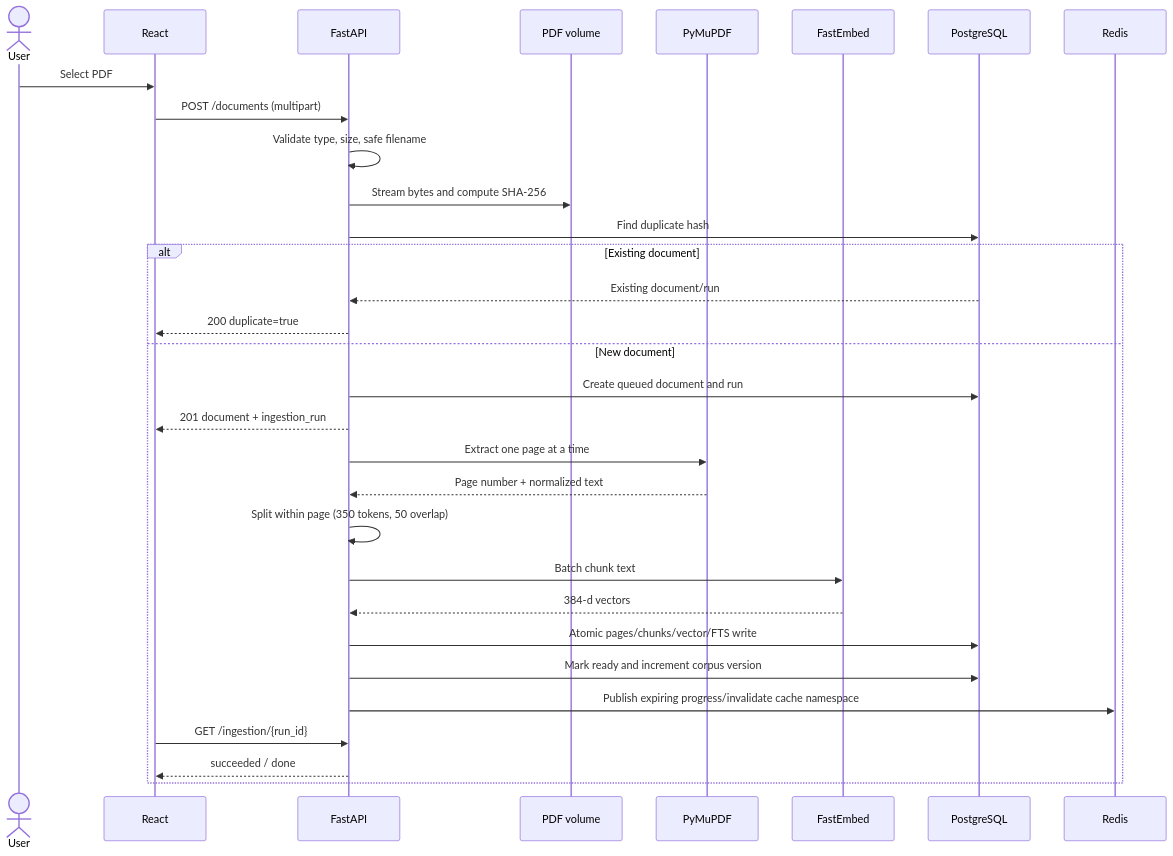
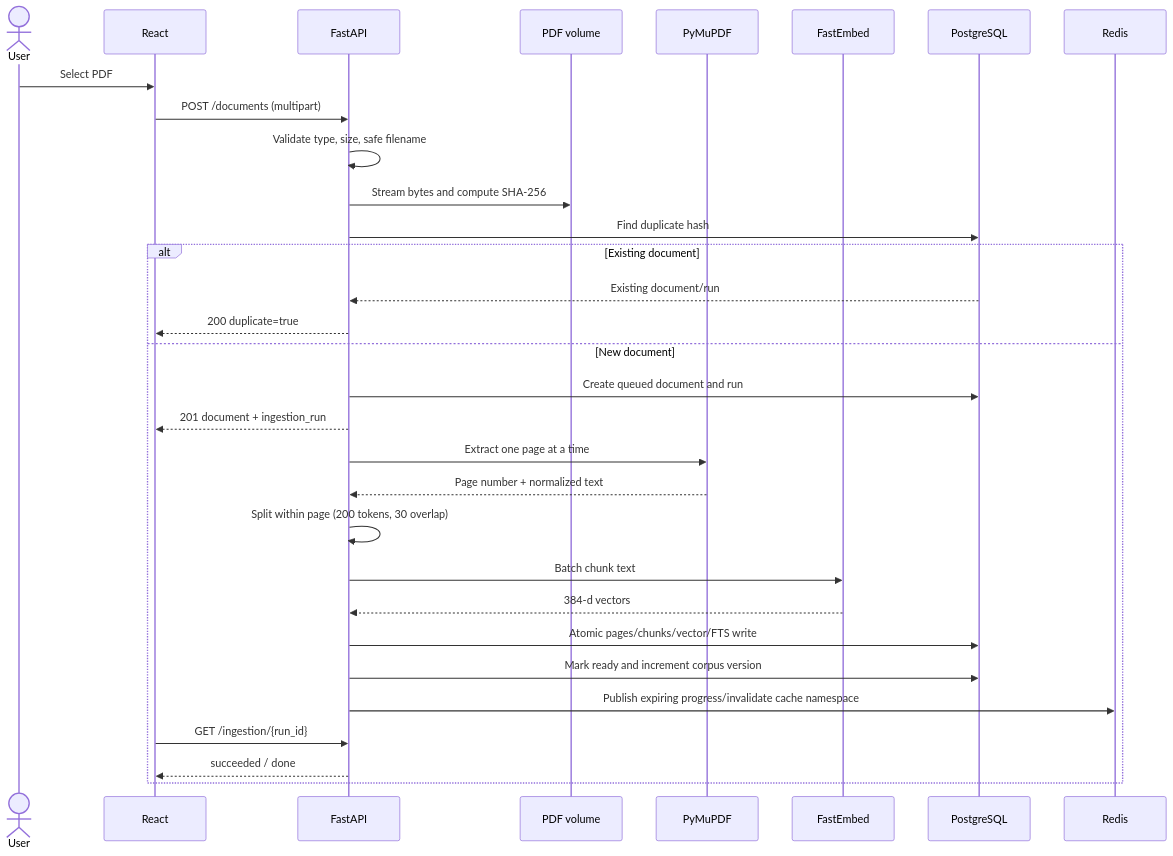
Before and after one commit to theomthakur/policypilot: the second of 6 diagrams in docs/system-design.md, drawn with Mermaid. The commit also changed 41 other files, not shown here.

````diff
--- a/docs/system-design.md
+++ b/docs/system-design.md
@@ -129,34 +129,34 @@
 ```mermaid
 sequenceDiagram
   actor User
   participant UI as React
   participant API as FastAPI
   participant FS as PDF volume
   participant Parser as PyMuPDF
   participant Embed as FastEmbed
   participant DB as PostgreSQL
   participant Cache as Redis
 
   User->>UI: Select PDF
   UI->>API: POST /documents (multipart)
   API->>API: Validate type, size, safe filename
   API->>FS: Stream bytes and compute SHA-256
   API->>DB: Find duplicate hash
   alt Existing document
     DB-->>API: Existing document/run
     API-->>UI: 200 duplicate=true
   else New document
     API->>DB: Create queued document and run
     API-->>UI: 201 document + ingestion_run
     API->>Parser: Extract one page at a time
     Parser-->>API: Page number + normalized text
-    API->>API: Split within page (350 tokens, 50 overlap)
+    API->>API: Split within page (200 tokens, 30 overlap)
     API->>Embed: Batch chunk text
     Embed-->>API: 384-d vectors
     API->>DB: Atomic pages/chunks/vector/FTS write
     API->>DB: Mark ready and increment corpus version
     API->>Cache: Publish expiring progress/invalidate cache namespace
     UI->>API: GET /ingestion/{run_id}
     API-->>UI: succeeded / done
   end
 ```
````
